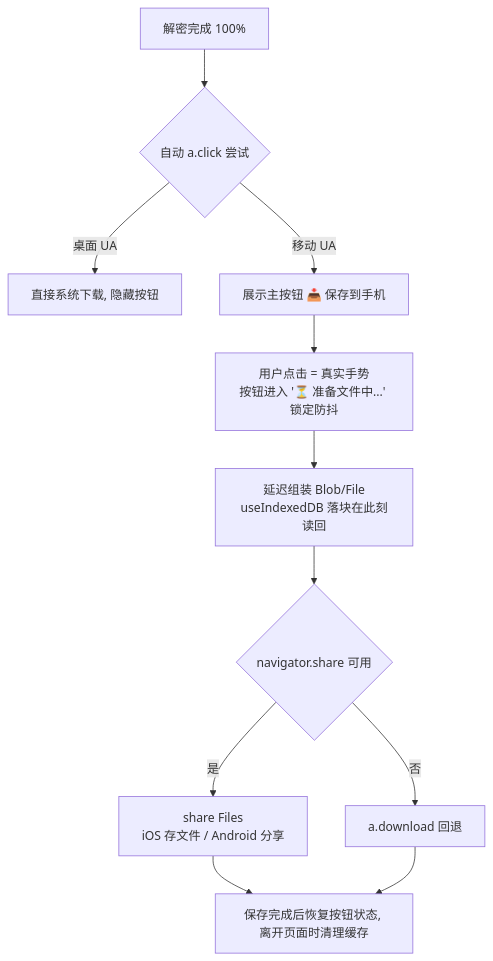
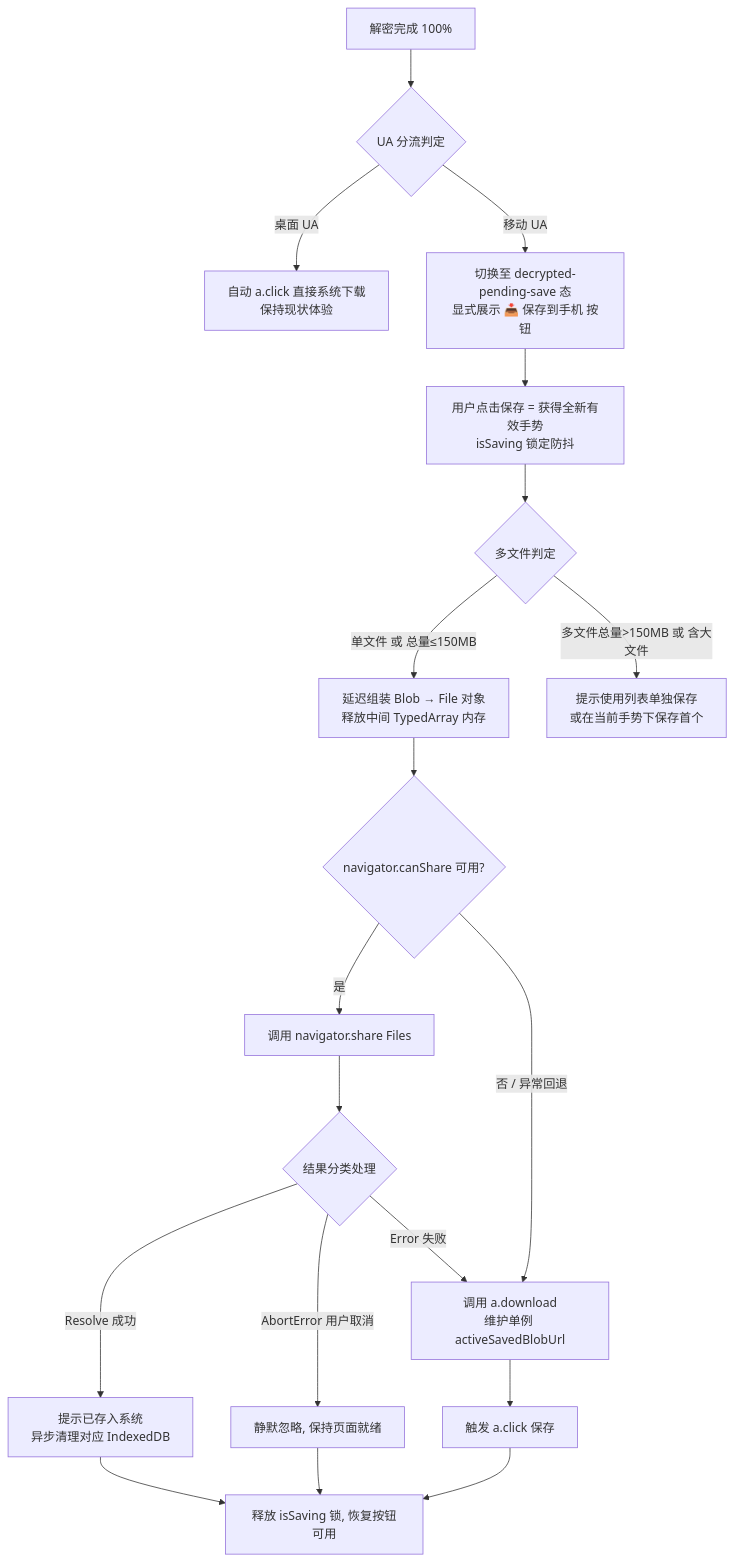
One commit to forpersuit/eqrcp changed the diagram in docs/plan/mobile-e2ee-download-save-design.md. Above: the diagram before and after it, drawn with Mermaid. The commit also changed other lines of this file, not shown here.

Commit message:
docs: consolidate mobile E2EE download save design with review resolutions

````diff
--- a/docs/plan/mobile-e2ee-download-save-design.md
+++ b/docs/plan/mobile-e2ee-download-save-design.md
@@ -63,13 +74,27 @@
 ```mermaid
 graph TD
-    A[解密完成 100%] --> B{自动 a.click 尝试}
-    B -->|桌面 UA| C[直接系统下载, 隐藏按钮]
-    B -->|移动 UA| D[展示主按钮 📥 保存到手机]
-    D --> E[用户点击 = 真实手势<br/>按钮进入 '⏳ 准备文件中...' 锁定防抖]
-    E --> F[延迟组装 Blob/File<br/>useIndexedDB 落块在此刻读回]
-    F --> G{navigator.share 可用}
-    G -->|是| H[share Files<br/>iOS 存文件 / Android 分享]
-    G -->|否| I[a.download 回退]
-    H --> J[保存完成后恢复按钮状态, 离开页面时清理缓存]
-    I --> J
+    A[解密完成 100%] --> B{UA 分流判定}
+    B -->|桌面 UA| C[自动 a.click 直接系统下载<br/>保持现状体验]
+    B -->|移动 UA| D[切换至 decrypted-pending-save 态<br/>显式展示 📥 保存到手机 按钮]
+    
+    D --> E[用户点击保存 = 获得全新有效手势<br/>isSaving 锁定防抖]
+    E --> F{多文件判定}
+    
+    F -->|单文件 或 总量≤150MB| G[延迟组装 Blob → File 对象<br/>释放中间 TypedArray 内存]
+    F -->|多文件总量>150MB 或 含大文件| H[提示使用列表单独保存<br/>或在当前手势下保存首个]
+    
+    G --> I{navigator.canShare 可用?}
+    I -->|是| J[调用 navigator.share Files]
+    I -->|否 / 异常回退| K[调用 a.download<br/>维护单例 activeSavedBlobUrl]
+    
+    J --> L{结果分类处理}
+    L -->|Resolve 成功| M[提示已存入系统<br/>异步清理对应 IndexedDB]
+    L -->|AbortError 用户取消| N[静默忽略, 保持页面就绪]
+    L -->|Error 失败| K
+    
+    K --> O[触发 a.click 保存]
+    
+    M --> P[释放 isSaving 锁, 恢复按钮可用]
+    N --> P
+    O --> P
 ```
````
